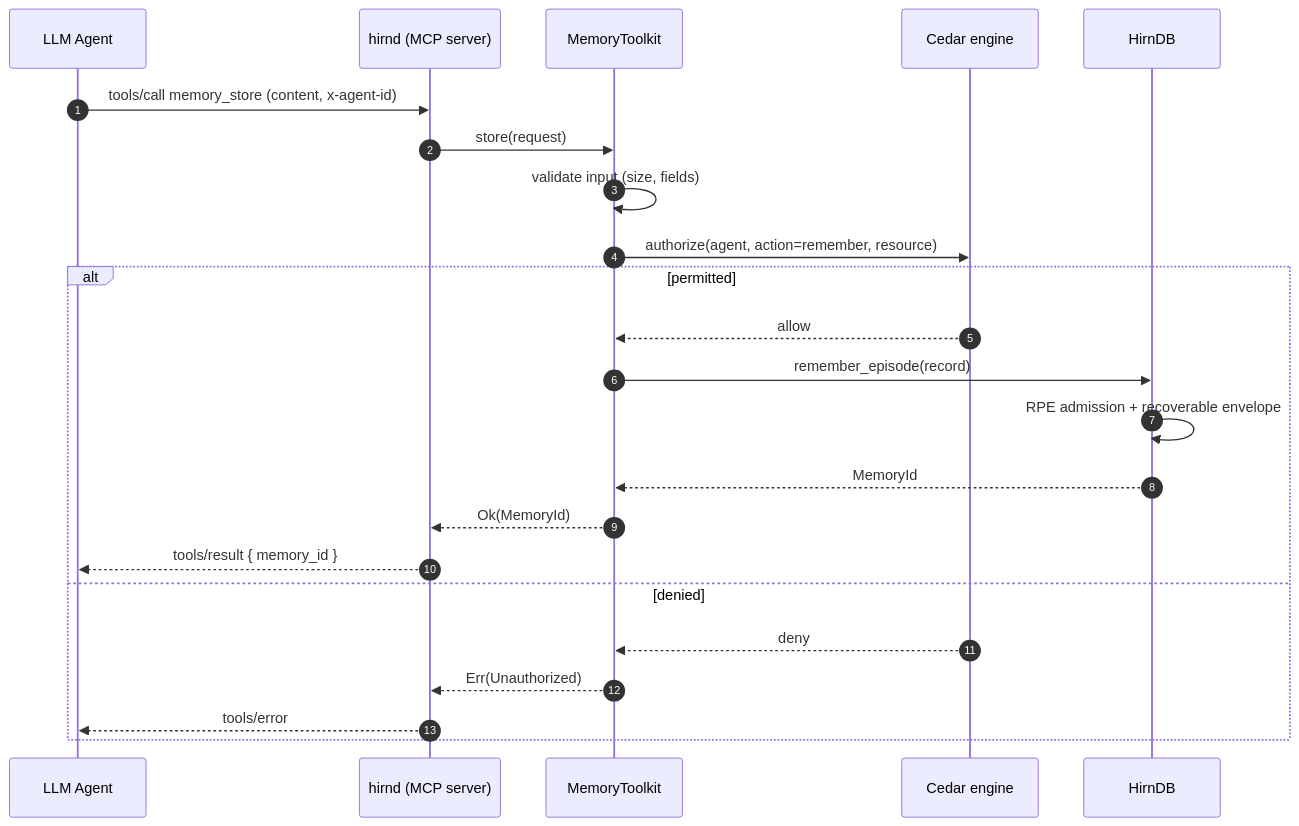
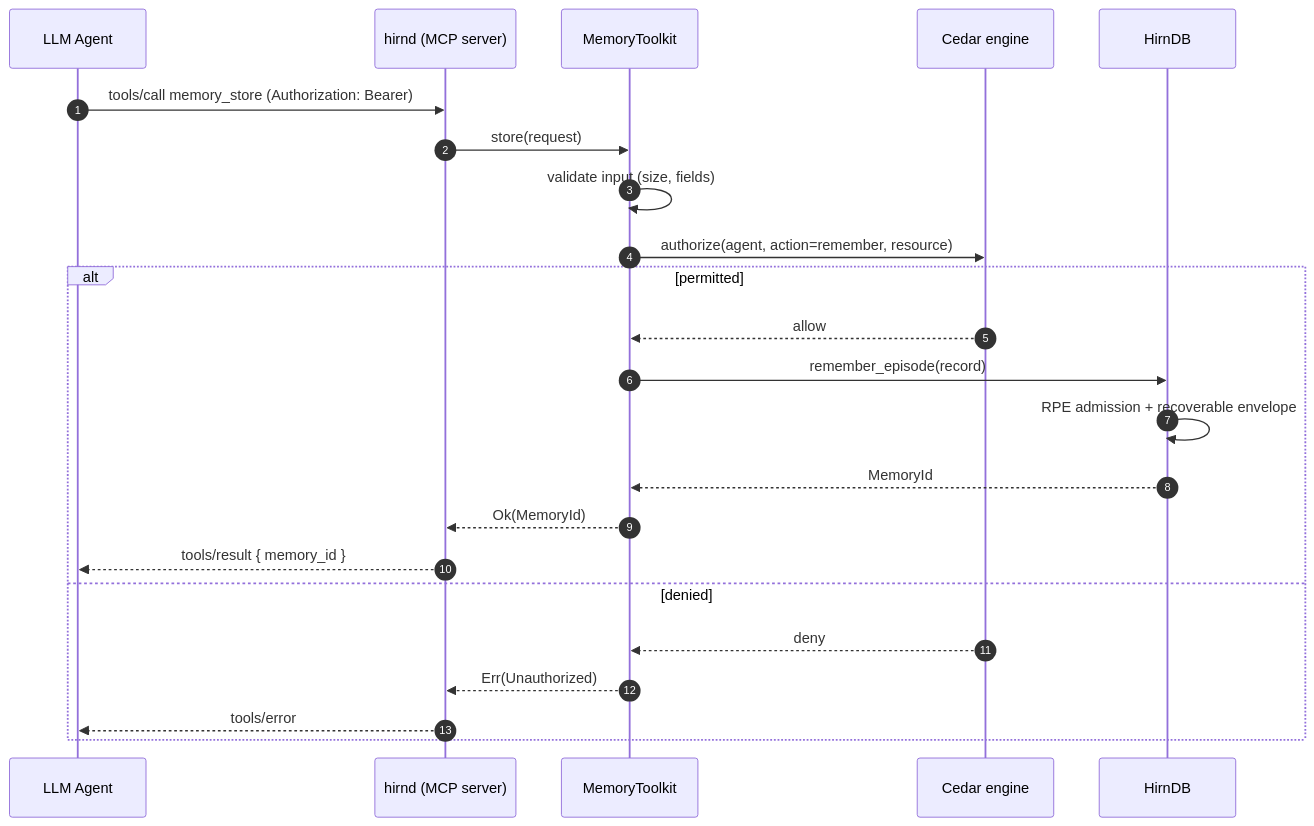
Before and after one commit to hupe1980/hirn: the diagram in docs/agent-tools.md, drawn with Mermaid. The commit also changed other lines of this file and 206 other files, not shown here.

````diff
--- a/docs/agent-tools.md
+++ b/docs/agent-tools.md
@@ -38,25 +38,25 @@
 ```mermaid
 sequenceDiagram
   autonumber
   participant A as LLM Agent
   participant M as hirnd (MCP server)
   participant T as MemoryToolkit
   participant C as Cedar engine
   participant DB as HirnDB
-  A->>M: tools/call memory_store (content, x-agent-id)
+  A->>M: tools/call memory_store (Authorization: Bearer)
   M->>T: store(request)
   T->>T: validate input (size, fields)
   T->>C: authorize(agent, action=remember, resource)
   alt permitted
     C-->>T: allow
     T->>DB: remember_episode(record)
     DB->>DB: RPE admission + recoverable envelope
     DB-->>T: MemoryId
     T-->>M: Ok(MemoryId)
     M-->>A: tools/result { memory_id }
   else denied
     C-->>T: deny
     T-->>M: Err(Unauthorized)
     M-->>A: tools/error
   end
 ```
````
